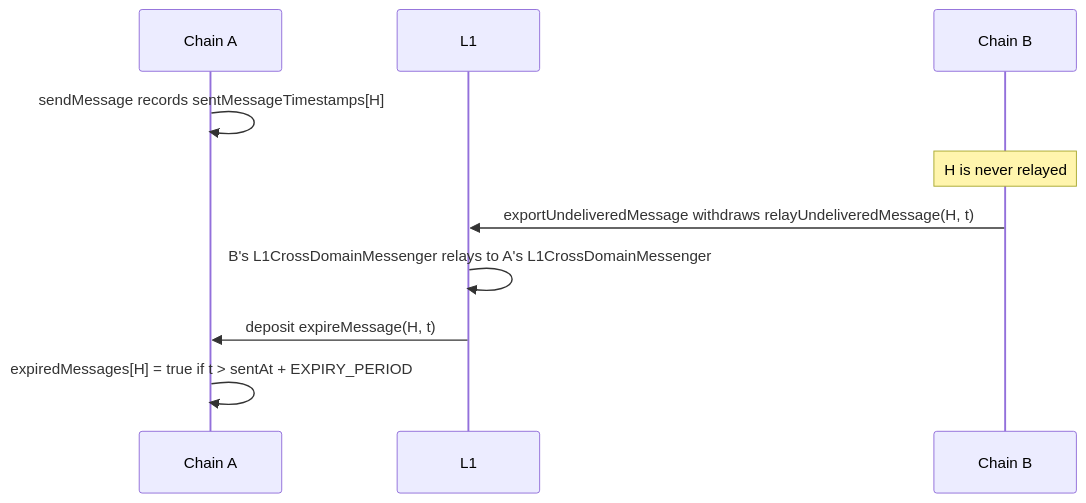
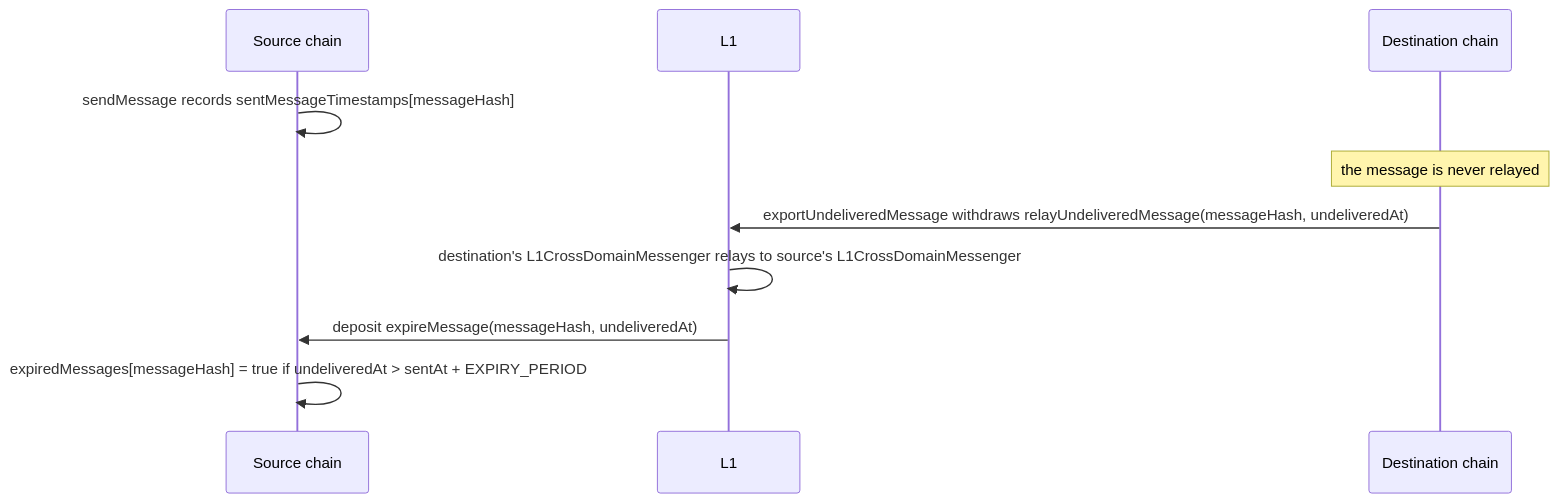
Before and after one commit to ethereum-optimism/specs: the diagram in specs/interop/message-expiry.md, drawn with Mermaid. The commit also changed other lines of this file, not shown here.

First line of the commit message:
interop: name the message, chains and timestamp in the expiry flow

````diff
--- a/specs/interop/message-expiry.md
+++ b/specs/interop/message-expiry.md
@@ -44,12 +46,12 @@
 ```mermaid
 sequenceDiagram
-    participant A as Chain A
+    participant Source as Source chain
     participant L1 as L1
-    participant B as Chain B
-    A->>A: sendMessage records sentMessageTimestamps[H]
-    Note over B: H is never relayed
-    B->>L1: exportUndeliveredMessage withdraws relayUndeliveredMessage(H, t)
-    L1->>L1: B's L1CrossDomainMessenger relays to A's L1CrossDomainMessenger
-    L1->>A: deposit expireMessage(H, t)
-    A->>A: expiredMessages[H] = true if t > sentAt + EXPIRY_PERIOD
+    participant Dest as Destination chain
+    Source->>Source: sendMessage records sentMessageTimestamps[messageHash]
+    Note over Dest: the message is never relayed
+    Dest->>L1: exportUndeliveredMessage withdraws relayUndeliveredMessage(messageHash, undeliveredAt)
+    L1->>L1: destination's L1CrossDomainMessenger relays to source's L1CrossDomainMessenger
+    L1->>Source: deposit expireMessage(messageHash, undeliveredAt)
+    Source->>Source: expiredMessages[messageHash] = true if undeliveredAt > sentAt + EXPIRY_PERIOD
 ```
````
